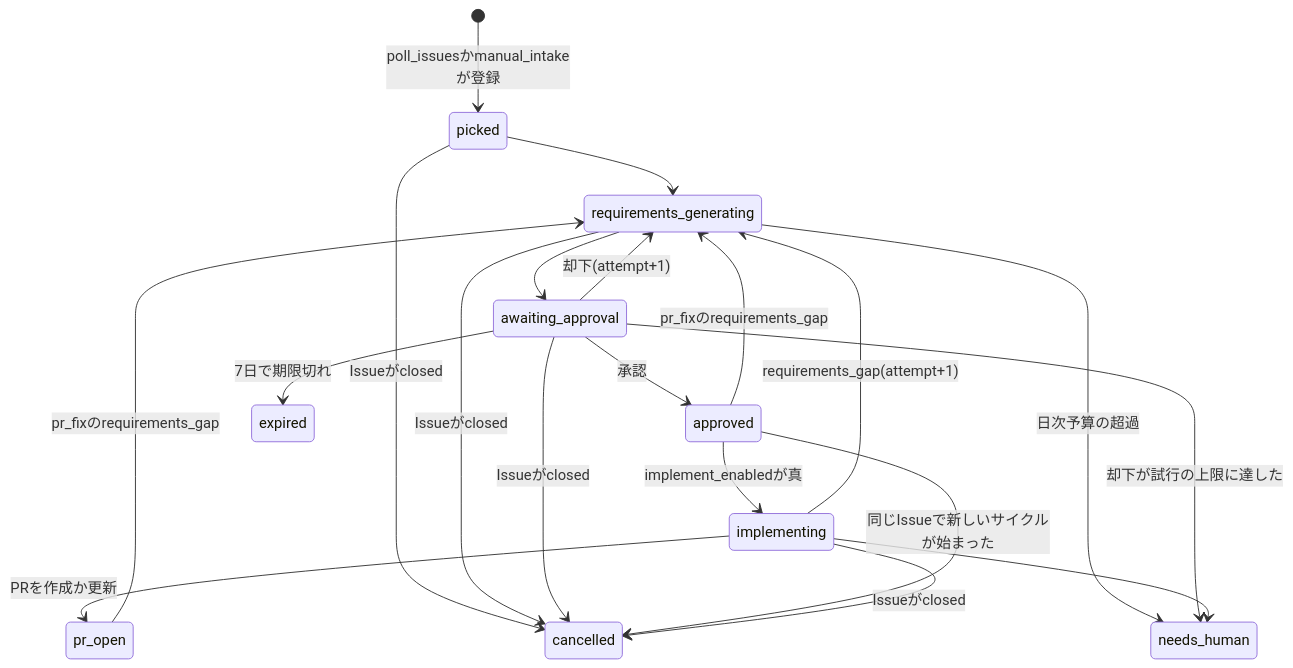
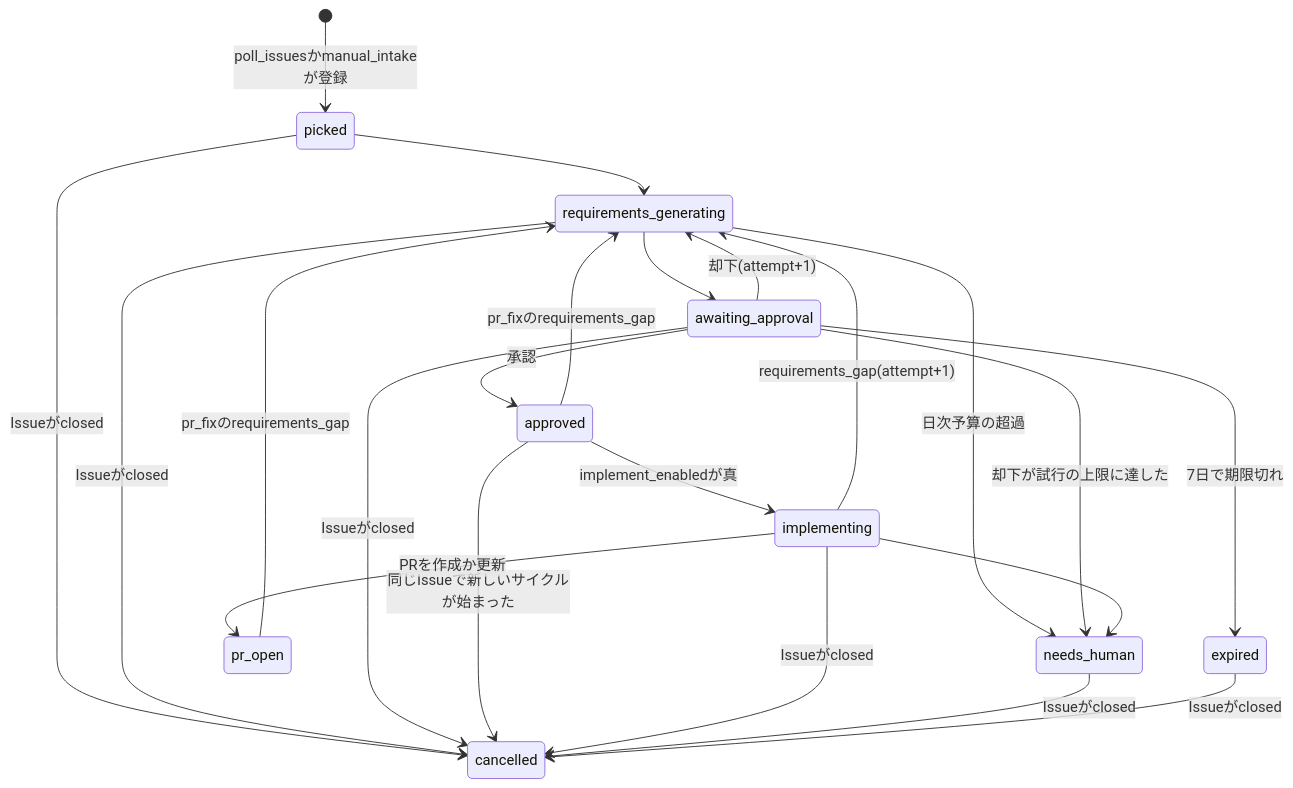
The second of 4 diagrams in docs/architecture.md (u-stem/atelier-works), drawn with Mermaid before and after one commit. The commit also changed other lines of this file and 7 other files, not shown here.

````diff
--- a/docs/architecture.md
+++ b/docs/architecture.md
@@ -106,22 +106,24 @@
 ```mermaid
 stateDiagram-v2
     [*] --> picked: poll_issuesかmanual_intakeが登録
     picked --> requirements_generating
     picked --> cancelled: Issueがclosed
     requirements_generating --> awaiting_approval
     requirements_generating --> needs_human: 日次予算の超過
     requirements_generating --> cancelled: Issueがclosed
     awaiting_approval --> approved: 承認
     awaiting_approval --> requirements_generating: 却下(attempt+1)
     awaiting_approval --> needs_human: 却下が試行の上限に達した
     awaiting_approval --> expired: 7日で期限切れ
     awaiting_approval --> cancelled: Issueがclosed
     approved --> implementing: implement_enabledが真
     approved --> requirements_generating: pr_fixのrequirements_gap
     approved --> cancelled: 同じIssueで新しいサイクルが始まった
     implementing --> pr_open: PRを作成か更新
     implementing --> requirements_generating: requirements_gap(attempt+1)
     implementing --> needs_human
     implementing --> cancelled: Issueがclosed
+    needs_human --> cancelled: Issueがclosed
+    expired --> cancelled: Issueがclosed
     pr_open --> requirements_generating: pr_fixのrequirements_gap
 ```
````
